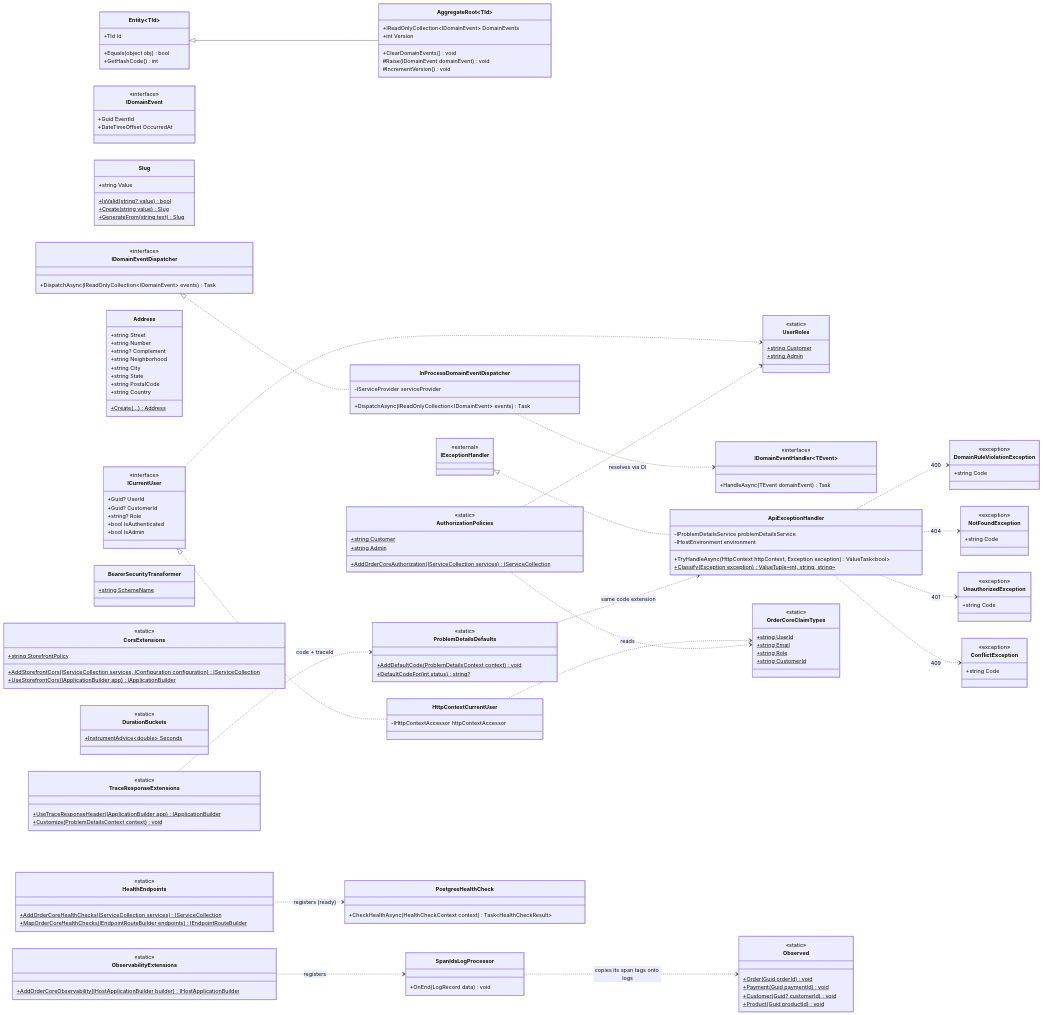
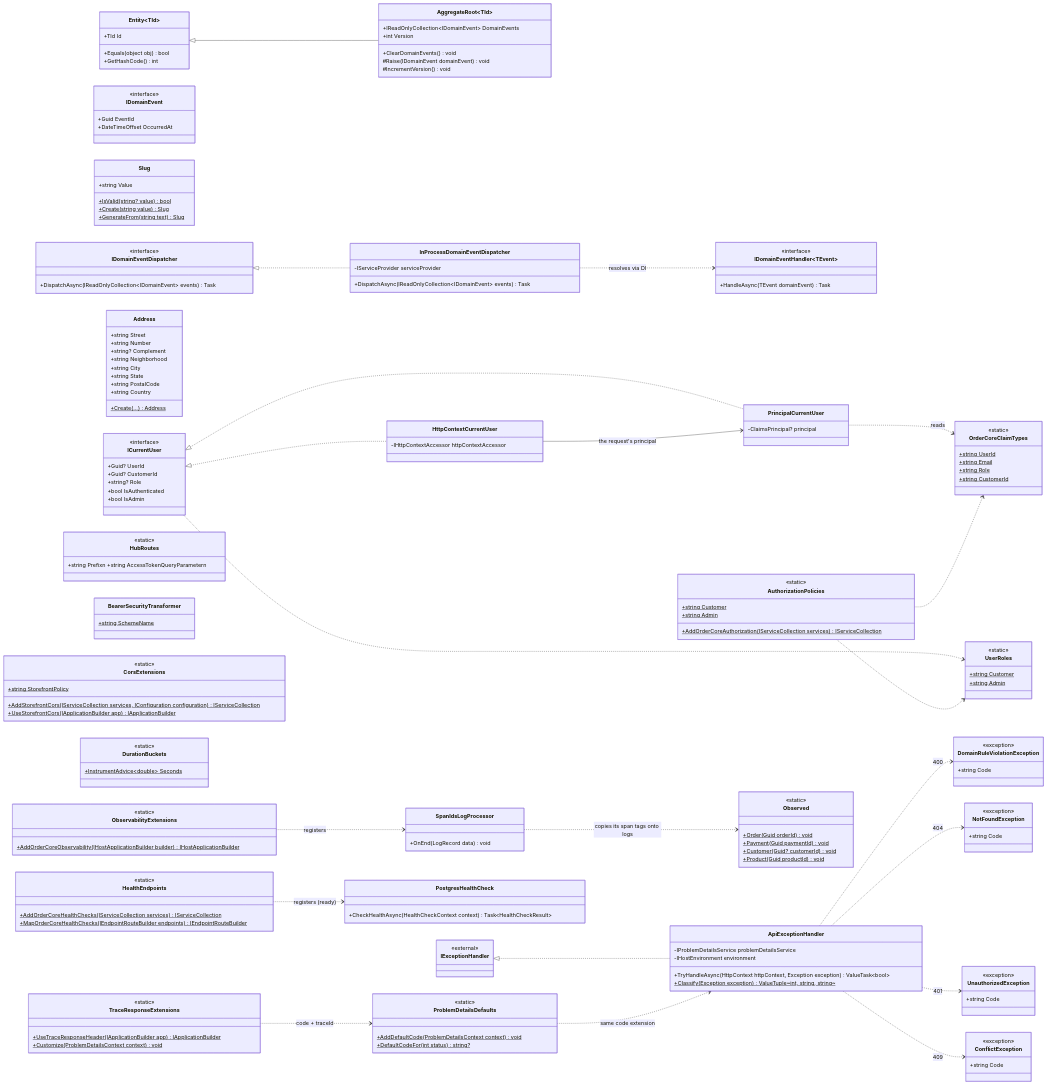
One commit to Leo-Slv/OrderCore changed the diagram in Docs/diagrams/implementation-class/01-shared-kernel.md. Above: the diagram before and after it, drawn with Mermaid. The commit also changed other lines of this file and 2 other files, not shown here.

Commit message:
docs(diagrams): shipment details, the order updates hub and events kept in order
Orders: ShipmentDetails, the optional ship body, OrderUpdatesHub with groups from the token, IOrderUpdatesNotifier/SignalROrderUpdatesNotifier, OrderUpdatesBroadcaster and OrderTrackingMetrics. Shared kernel: PrincipalCurrentUser and HubRoutes. Messaging: OutboxWriter keeps enqueued events in order.

```diff
--- a/Docs/diagrams/implementation-class/01-shared-kernel.md
+++ b/Docs/diagrams/implementation-class/01-shared-kernel.md
@@ -147,6 +147,15 @@
         -IHttpContextAccessor httpContextAccessor
     }
 
+    class PrincipalCurrentUser {
+        -ClaimsPrincipal? principal
+    }
+
+    %% OrderCore.Api.Shared.Presentation.Realtime
+    class HubRoutes {
+        <<static>>
+        +string Prefixn        +string AccessTokenQueryParametern    }
+
     class AuthorizationPolicies {
         <<static>>
         +string Customer$
@@ -180,7 +189,9 @@
     ApiExceptionHandler ..> ConflictException : 409
     ProblemDetailsDefaults ..> ApiExceptionHandler : same code extension
     ICurrentUser <|.. HttpContextCurrentUser
-    HttpContextCurrentUser ..> OrderCoreClaimTypes : reads
+    ICurrentUser <|.. PrincipalCurrentUser
+    HttpContextCurrentUser --> PrincipalCurrentUser : the request's principal
+    PrincipalCurrentUser ..> OrderCoreClaimTypes : reads
     ICurrentUser ..> UserRoles
     AuthorizationPolicies ..> UserRoles
     AuthorizationPolicies ..> OrderCoreClaimTypes
```
